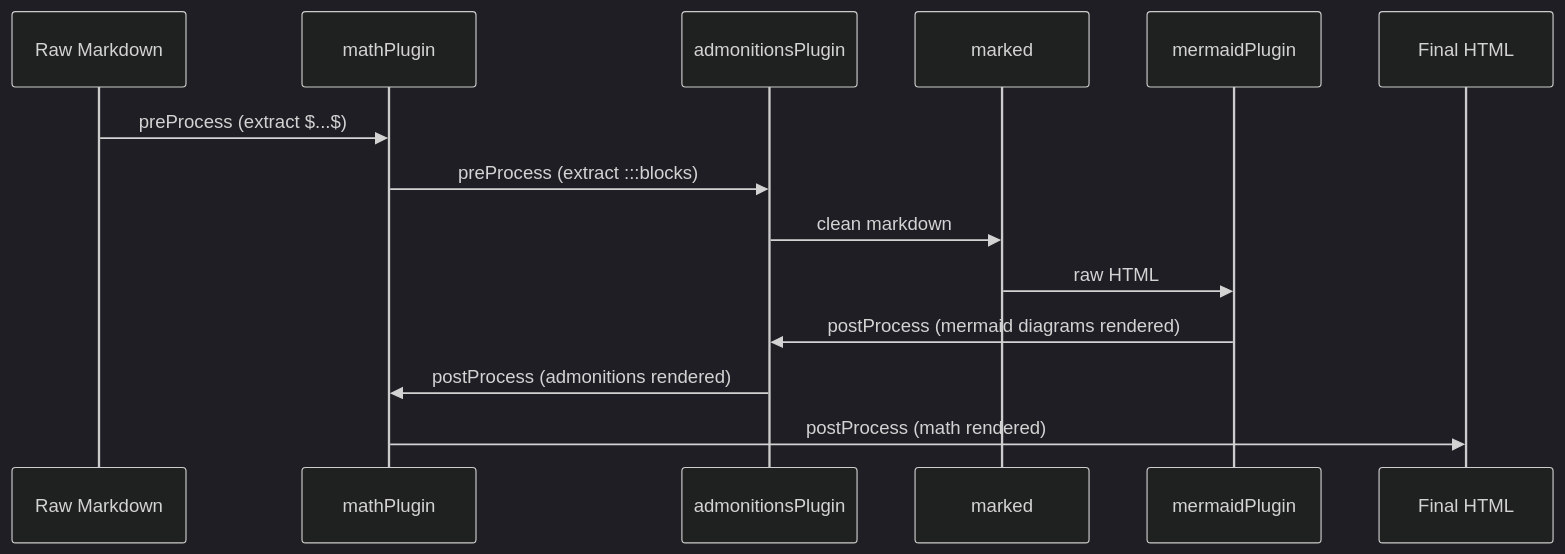
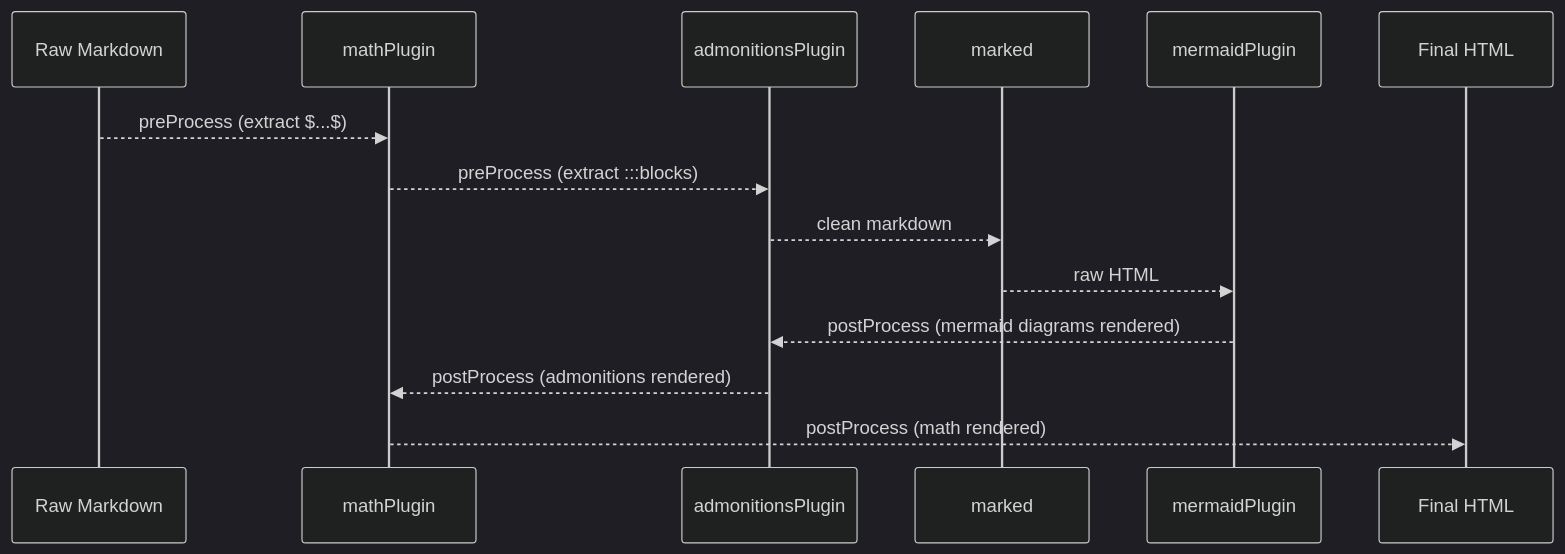
Before and after one commit to naranyala/naravisuals-web: the second of 2 diagrams in docs/03-guides/06-writing-plugins.md, drawn with Mermaid (dark theme). The commit also changed 45 other files, not shown here.

````diff
--- a/docs/03-guides/06-writing-plugins.md
+++ b/docs/03-guides/06-writing-plugins.md
@@ -85,17 +85,17 @@
 ```mermaid:desc=Plugin execution flow sequence diagram
 sequenceDiagram
     participant MD as Raw Markdown
     participant Math as mathPlugin
     participant Adm as admonitionsPlugin
     participant Marked as marked
     participant Mermaid as mermaidPlugin
     participant HTML as Final HTML
 
-    MD->>Math: preProcess (extract $...$)
-    Math->>Adm: preProcess (extract :::blocks)
-    Adm->>Marked: clean markdown
-    Marked->>Mermaid: raw HTML
-    Mermaid->>Adm: postProcess (mermaid diagrams rendered)
-    Adm->>Math: postProcess (admonitions rendered)
-    Math->>HTML: postProcess (math rendered)
+    MD-->>Math: preProcess (extract $...$)
+    Math-->>Adm: preProcess (extract :::blocks)
+    Adm-->>Marked: clean markdown
+    Marked-->>Mermaid: raw HTML
+    Mermaid-->>Adm: postProcess (mermaid diagrams rendered)
+    Adm-->>Math: postProcess (admonitions rendered)
+    Math-->>HTML: postProcess (math rendered)
 ```
````
